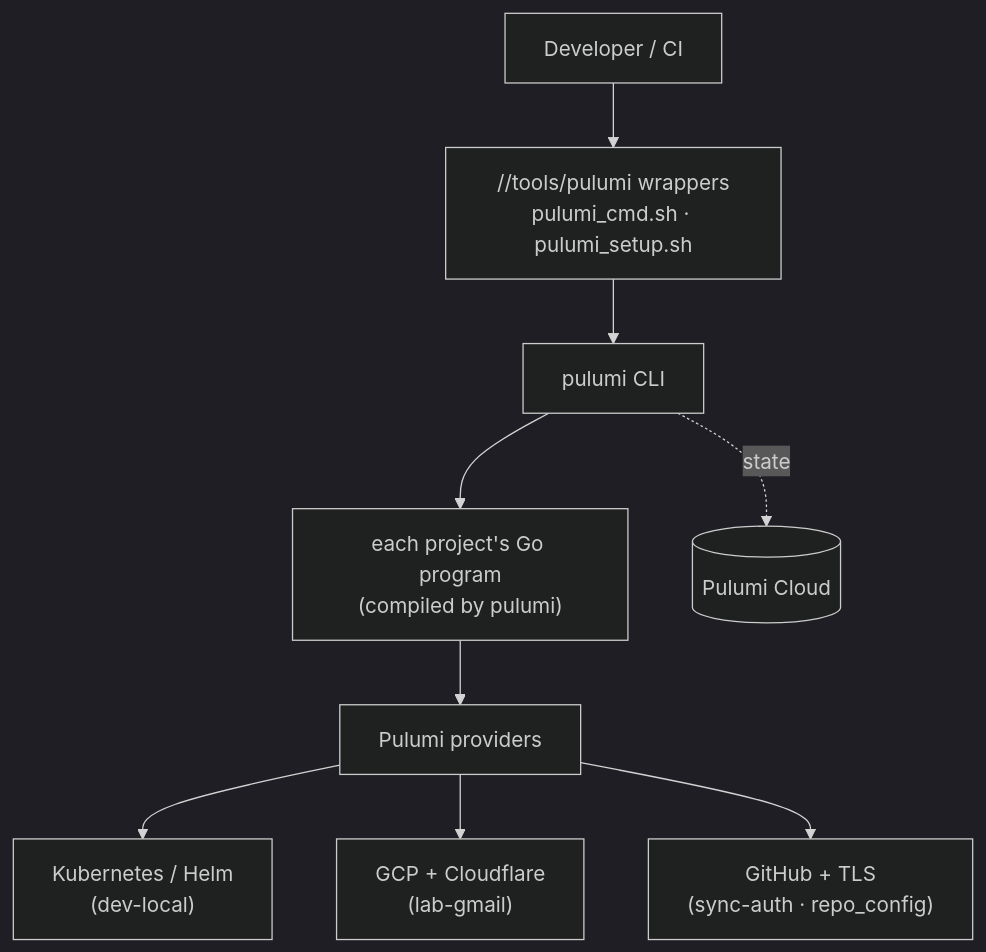
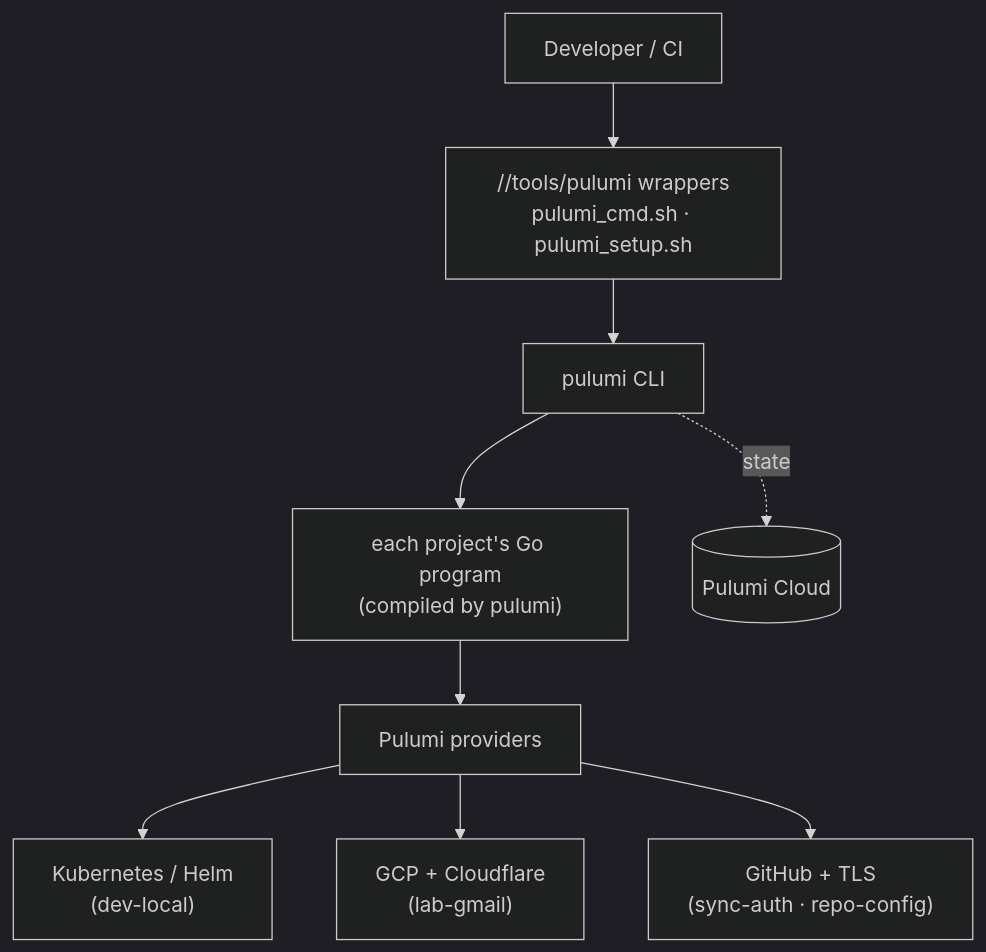
One commit to VitruvianSoftware/vitruvian-core changed the first of 7 diagrams in docs/infrastructure/architecture.md. Above: the diagram before and after it, drawn with Mermaid (dark theme). The commit also changed other lines of this file and 301 other files, not shown here.

````diff
--- a/docs/infrastructure/architecture.md
+++ b/docs/infrastructure/architecture.md
@@ -27,11 +27,11 @@
 ```mermaid
 flowchart TB
     dev["Developer / CI"] --> wrap["//tools/pulumi wrappers<br/>pulumi_cmd.sh · pulumi_setup.sh"]
     wrap --> pulumi["pulumi CLI"]
     pulumi --> prog["each project's Go program<br/>(compiled by pulumi)"]
     prog --> providers["Pulumi providers"]
     providers --> k8s["Kubernetes / Helm<br/>(dev-local)"]
     providers --> gcpp["GCP + Cloudflare<br/>(lab-gmail)"]
-    providers --> ghp["GitHub + TLS<br/>(sync-auth · repo_config)"]
+    providers --> ghp["GitHub + TLS<br/>(sync-auth · repo-config)"]
     pulumi -. state .-> cloud[("Pulumi Cloud")]
 ```
````
